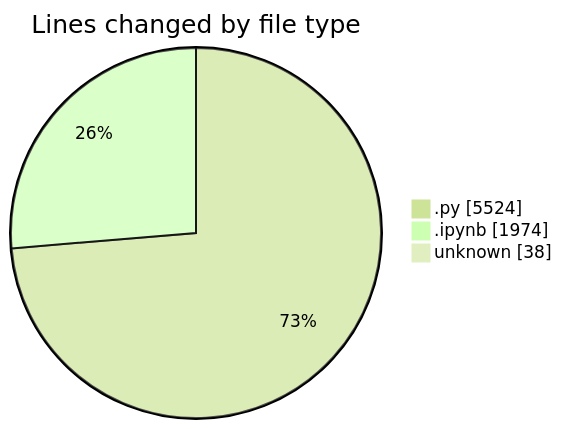
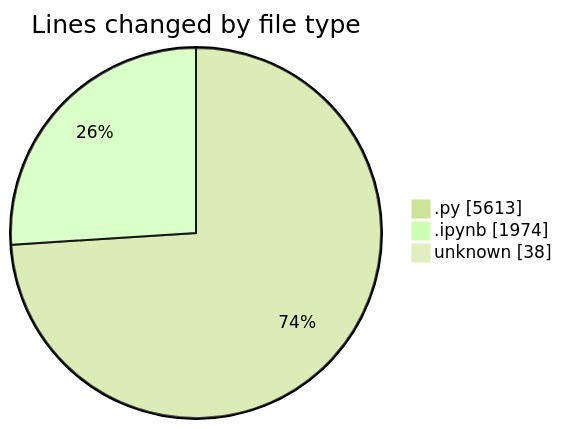
Before and after one commit to MatusMokan/code-tracking: the first of 2 diagrams in 2025-03-21/myws__workspace_/README.md, drawn with Mermaid (forest theme). The commit also changed other lines of this file and 1 other file, not shown here.

````diff
--- a/2025-03-21/myws__workspace_/README.md
+++ b/2025-03-21/myws__workspace_/README.md
@@ -25,7 +25,7 @@
 ```mermaid
 pie showData
 title Lines changed by file type
-".py" : 5524
+".py" : 5613
 ".ipynb" : 1974
 "unknown" : 38
 ```
````
